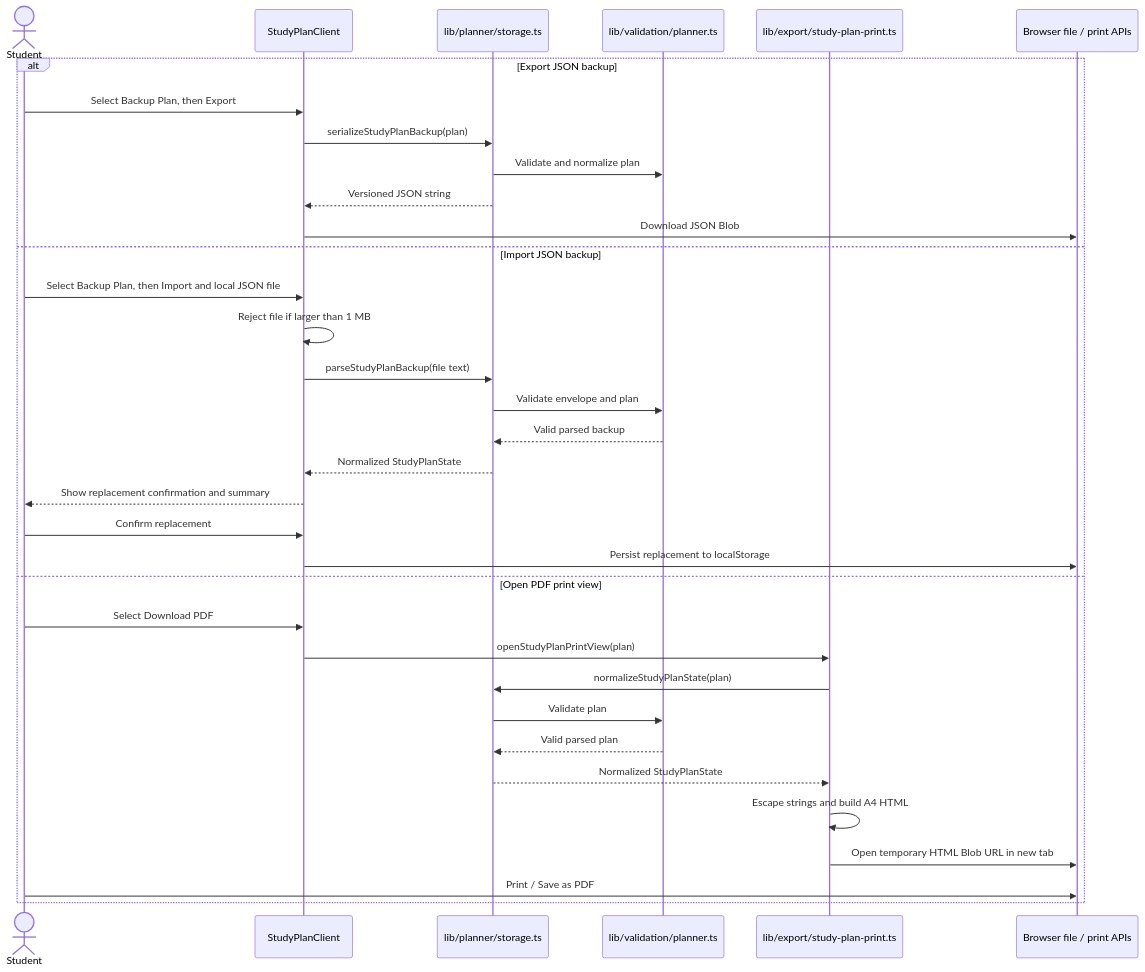
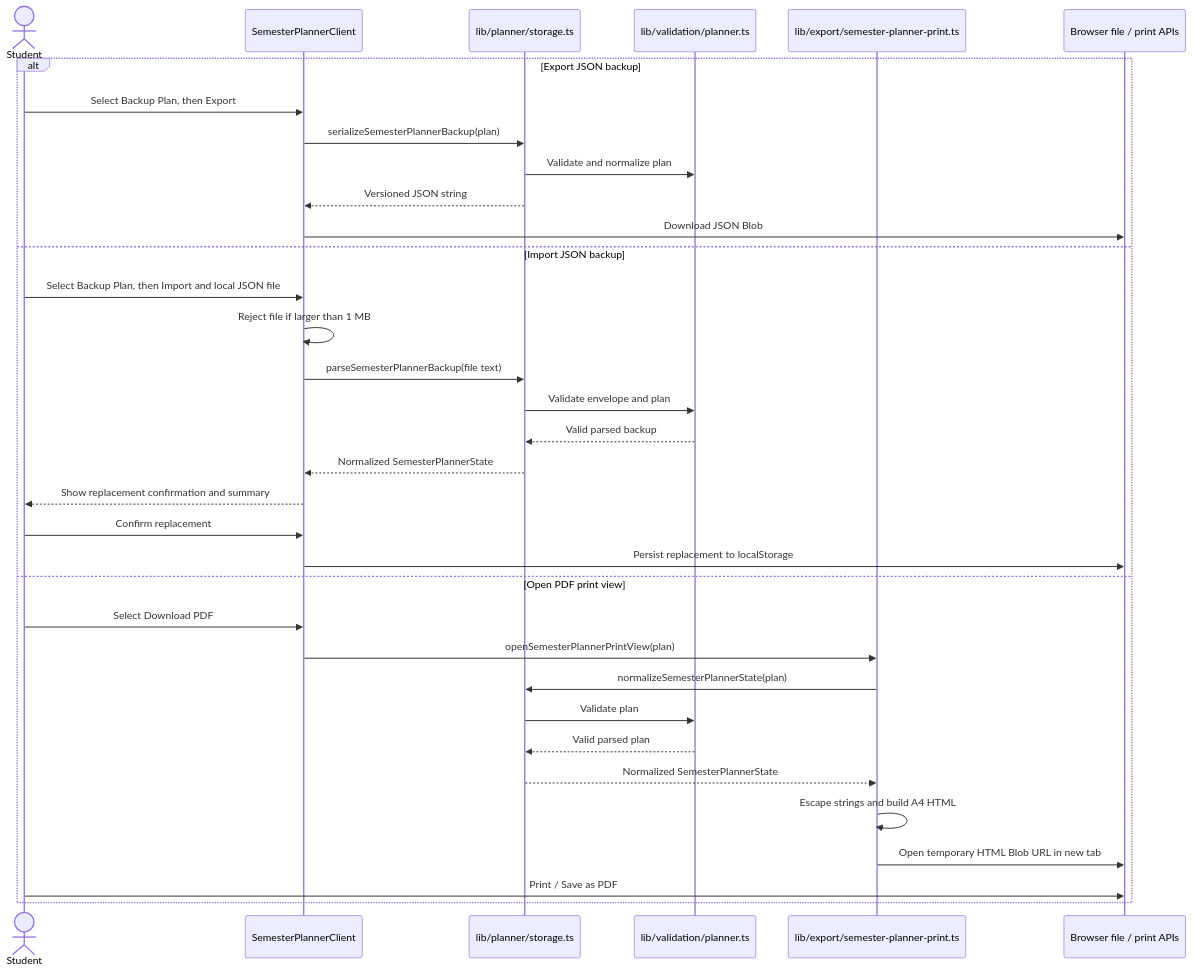
Diagram 11 of 14 in docs/DeveloperGuide.md (lester-td/SUSSplanner), drawn with Mermaid before and after one commit. The commit also changed other lines of this file and 3 other files, not shown here.

````diff
--- a/docs/DeveloperGuide.md
+++ b/docs/DeveloperGuide.md
@@ -1000,37 +1000,37 @@
 ```mermaid
 sequenceDiagram
     actor Student
-    participant UI as StudyPlanClient
+    participant UI as SemesterPlannerClient
     participant Storage as lib/planner/storage.ts
     participant Validation as lib/validation/planner.ts
-    participant Print as lib/export/study-plan-print.ts
+    participant Print as lib/export/semester-planner-print.ts
     participant Browser as Browser file / print APIs
 
     alt Export JSON backup
         Student->>UI: Select Backup Plan, then Export
-        UI->>Storage: serializeStudyPlanBackup(plan)
+        UI->>Storage: serializeSemesterPlannerBackup(plan)
         Storage->>Validation: Validate and normalize plan
         Storage-->>UI: Versioned JSON string
         UI->>Browser: Download JSON Blob
     else Import JSON backup
         Student->>UI: Select Backup Plan, then Import and local JSON file
         UI->>UI: Reject file if larger than 1 MB
-        UI->>Storage: parseStudyPlanBackup(file text)
+        UI->>Storage: parseSemesterPlannerBackup(file text)
         Storage->>Validation: Validate envelope and plan
         Validation-->>Storage: Valid parsed backup
-        Storage-->>UI: Normalized StudyPlanState
+        Storage-->>UI: Normalized SemesterPlannerState
         UI-->>Student: Show replacement confirmation and summary
         Student->>UI: Confirm replacement
         UI->>Browser: Persist replacement to localStorage
     else Open PDF print view
         Student->>UI: Select Download PDF
-        UI->>Print: openStudyPlanPrintView(plan)
-        Print->>Storage: normalizeStudyPlanState(plan)
+        UI->>Print: openSemesterPlannerPrintView(plan)
+        Print->>Storage: normalizeSemesterPlannerState(plan)
         Storage->>Validation: Validate plan
         Validation-->>Storage: Valid parsed plan
-        Storage-->>Print: Normalized StudyPlanState
+        Storage-->>Print: Normalized SemesterPlannerState
         Print->>Print: Escape strings and build A4 HTML
         Print->>Browser: Open temporary HTML Blob URL in new tab
         Student->>Browser: Print / Save as PDF
     end
 ```
````
